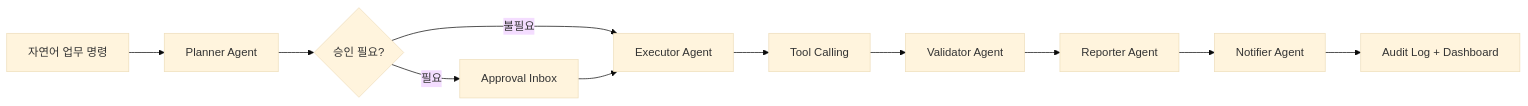
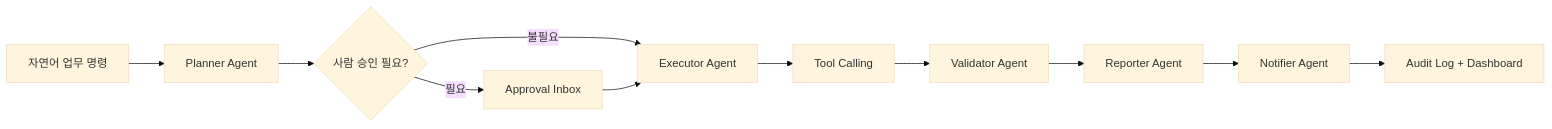
The diagram in README.md (jm-dev00t/iwap), drawn with Mermaid (base theme) before and after one commit. The commit also changed other lines of this file and 49 other files, not shown here.

````diff
--- a/README.md
+++ b/README.md
@@ -29,13 +18,13 @@
 ```mermaid
 flowchart LR
   User["자연어 업무 명령"] --> Planner["Planner Agent"]
-  Planner --> Gate{"승인 필요?"}
+  Planner --> Gate{"사람 승인 필요?"}
   Gate -->|"필요"| Approval["Approval Inbox"]
   Gate -->|"불필요"| Executor["Executor Agent"]
   Approval --> Executor
   Executor --> Tools["Tool Calling"]
   Tools --> Validator["Validator Agent"]
   Validator --> Reporter["Reporter Agent"]
   Reporter --> Notifier["Notifier Agent"]
   Notifier --> Audit["Audit Log + Dashboard"]
 ```
````
